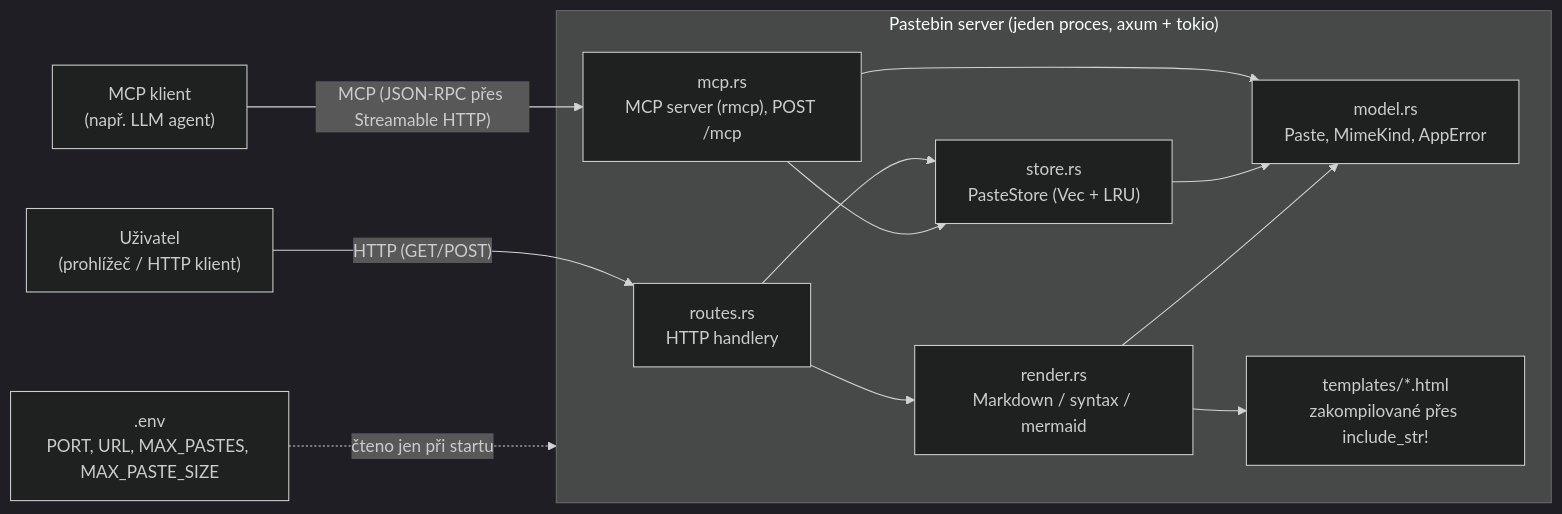
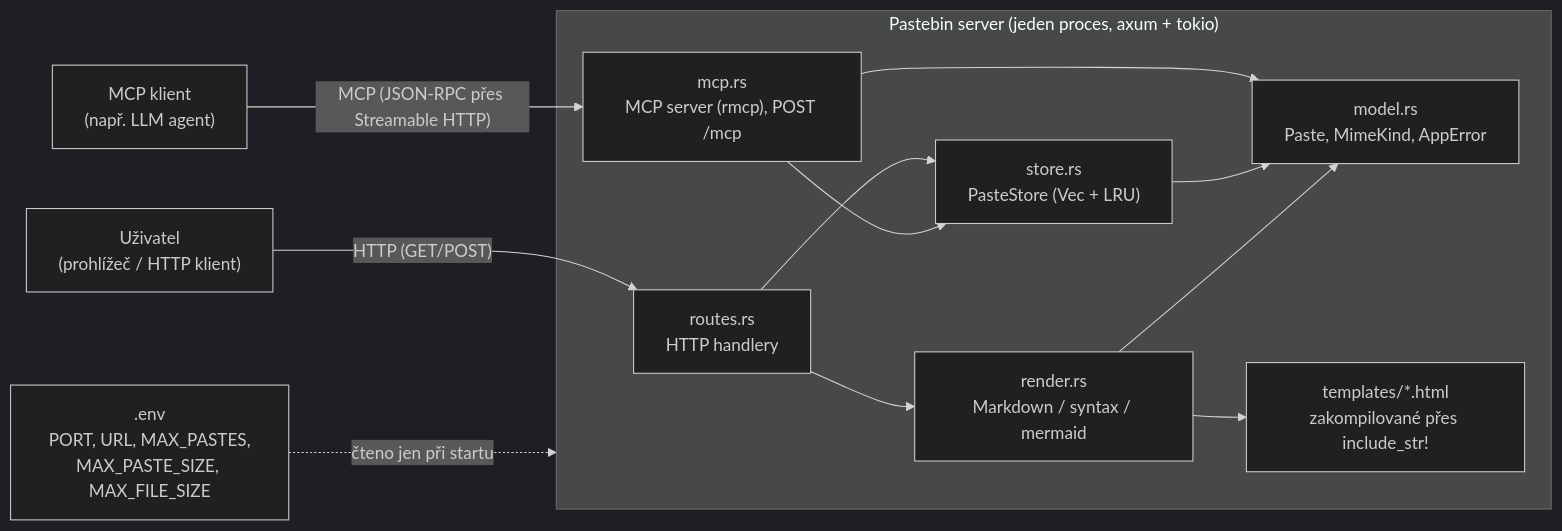
One commit to Onre739/pastebin changed the diagram in docs/requirements.md. Above: the diagram before and after it, drawn with Mermaid (dark theme). The commit also changed other lines of this file and 12 other files, not shown here.

````diff
--- a/docs/requirements.md
+++ b/docs/requirements.md
@@ -132,27 +151,27 @@
 ```mermaid
 flowchart LR
     User["Uživatel<br/>(prohlížeč / HTTP klient)"]
     McpClient["MCP klient<br/>(např. LLM agent)"]
 
     subgraph System["Pastebin server (jeden proces, axum + tokio)"]
         Routes["routes.rs<br/>HTTP handlery"]
         Mcp["mcp.rs<br/>MCP server (rmcp), POST /mcp"]
         Store["store.rs<br/>PasteStore (Vec + LRU)"]
         Render["render.rs<br/>Markdown / syntax / mermaid"]
         Model["model.rs<br/>Paste, MimeKind, AppError"]
         Templates["templates/*.html<br/>zakompilované přes include_str!"]
     end
 
-    Env[".env<br/>PORT, URL, MAX_PASTES, MAX_PASTE_SIZE"]
+    Env[".env<br/>PORT, URL, MAX_PASTES,<br/>MAX_PASTE_SIZE, MAX_FILE_SIZE"]
 
     User -- "HTTP (GET/POST)" --> Routes
     McpClient -- "MCP (JSON-RPC přes Streamable HTTP)" --> Mcp
     Routes --> Store
     Routes --> Render
     Mcp --> Store
     Mcp --> Model
     Store --> Model
     Render --> Model
     Render --> Templates
     Env -. "čteno jen při startu" .-> System
 ```
````
